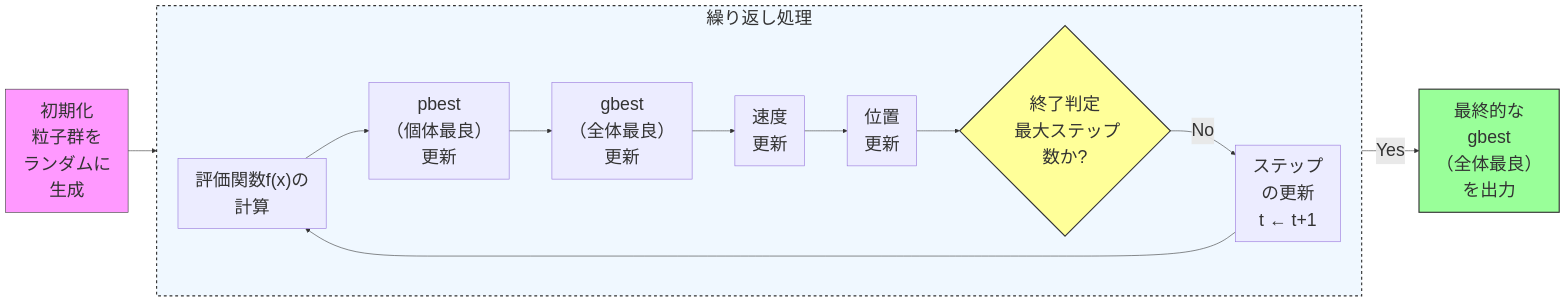
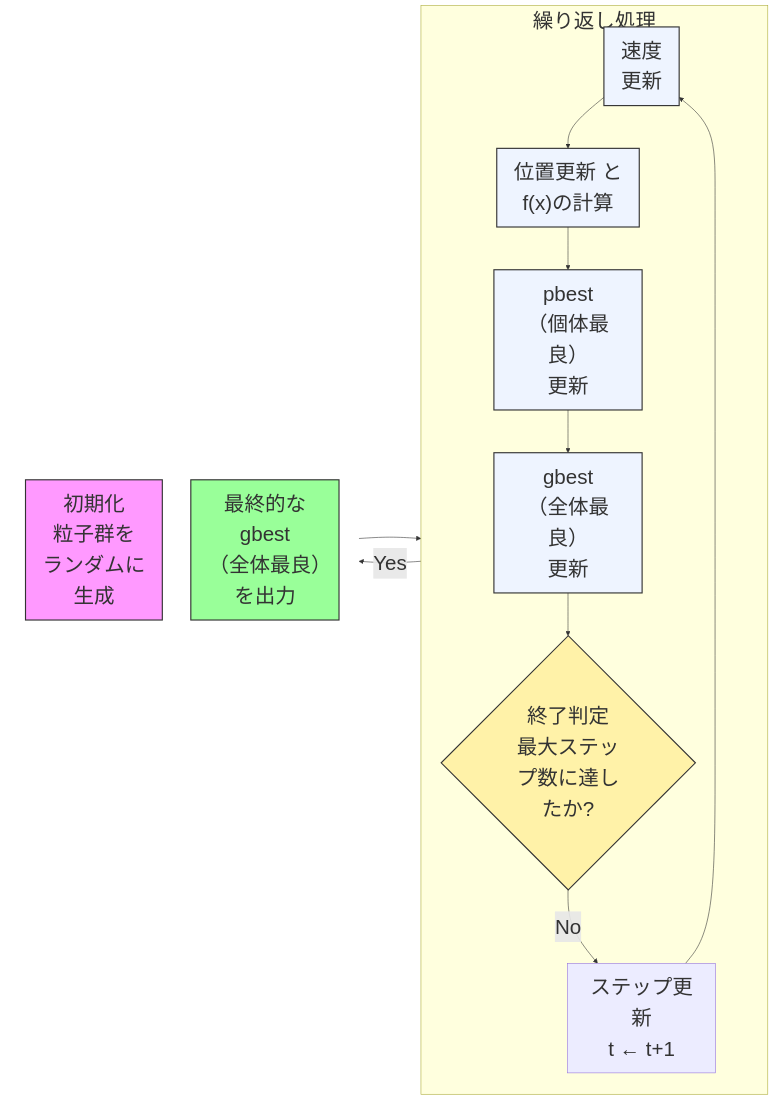
One commit to jkushida/ai-arch changed the diagram in docs/pso_summary.md. Above: the diagram before and after it, drawn with Mermaid. The commit also changed other lines of this file and 2 other files, not shown here.

Commit message:
pso_summary最終更新とHTML変換改善
- 粒子構成要素を段落形式に整理
- Mermaidフローチャートのフォントサイズ調整（36px）
- convert_md_to_html.pyのMermaid表示改善

🤖 Generated with Claude Code

````diff
--- a/docs/pso_summary.md
+++ b/docs/pso_summary.md
@@ -89,23 +93,37 @@
 ```mermaid
-%%{init: {'theme':'default', 'themeVariables': { 'fontSize': '31px'}}}%%
+%%{init: {'theme':'default', 'themeVariables': { 'fontSize': '36px'}}}%%
 flowchart LR
-    A[初期化<br/>粒子群を<br/>ランダムに<br/>生成] --> B["評価関数f(x)の計算"]
-    
-    subgraph loop["繰り返し処理"]
-        direction LR
-        B --> C[pbest<br/>（個体最良）<br/>更新]
-        C --> D[gbest<br/>（全体最良）<br/>更新]
-        D --> F[速度<br/>更新]
-        F --> G[位置<br/>更新]
-        G --> E{終了判定<br/> 最大ステップ数か?}
-        E -->|No| I[ステップ<br/>の更新<br/>t ← t+1]
-        I --> B
-    end
-    
-    E -->|Yes| H[最終的な<br/> gbest<br/>（全体最良）<br/>を出力]
-    
-    style A fill:#f9f,stroke:#333,stroke-width:px
-    style H fill:#9f9,stroke:#333,stroke-width:2px
-    style E fill:#ff9,stroke:#333,stroke-width:2px
-    style loop fill:#f0f8ff,stroke:#333,stroke-width:2px,stroke-dasharray: 5 5
+  %% ループ本体（左カラム：縦方向）
+  subgraph loop["繰り返し処理"]
+    direction TB
+    S["速度<br/>更新"] --> X["位置更新 と<br/>f(x)の計算"]
+    X --> P["pbest<br/>（個体最良）<br/>更新"]
+    P --> G["gbest<br/>（全体最良）<br/>更新"]
+    G --> E{"終了判定<br/>最大ステップ数に達したか?"}
+    E -- No --> T["ステップ更新<br/>t ← t+1"]
+    T --> S
+  end
+
+  %% 右カラム：初期化と最終出力
+  subgraph side[" "]
+    direction TB
+    INIT["初期化<br/>粒子群を<br/>ランダムに<br/>生成"]
+    OUT["最終的な<br/>gbest<br/>（全体最良）を出力"]
+  end
+  style side fill:transparent,stroke:transparent
+
+  %% ループの入出力（外部接続）
+  INIT --> S
+  E -- Yes --> OUT
+
+  %% スタイル定義
+  classDef thin stroke-width:2px,stroke:#333,fill:#eef4ff;
+  classDef decision stroke-width:2px,stroke:#333,fill:#fff2a8;
+  classDef out stroke-width:2px,stroke:#333,fill:#9f9;
+  classDef init stroke-width:2px,stroke:#333,fill:#f9f;
+
+  class S,X,P,G thin
+  class E decision
+  class OUT out
+  class INIT init
 ```
````
